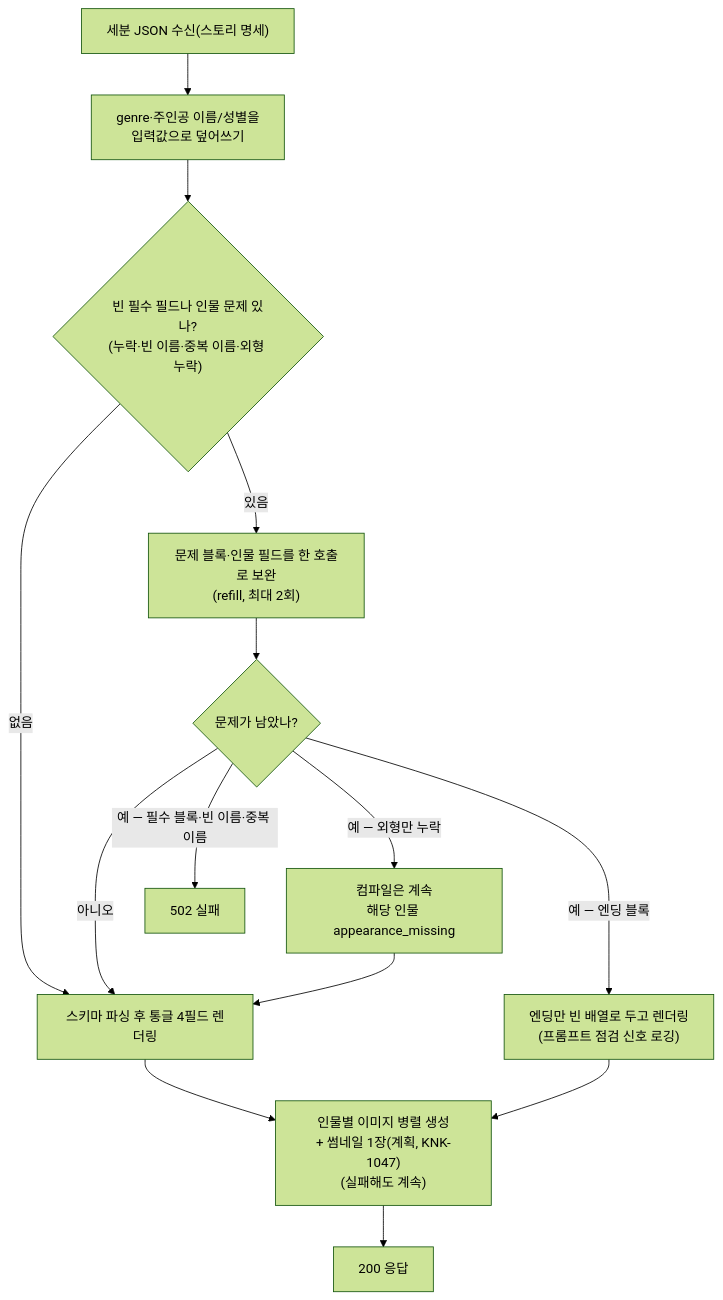
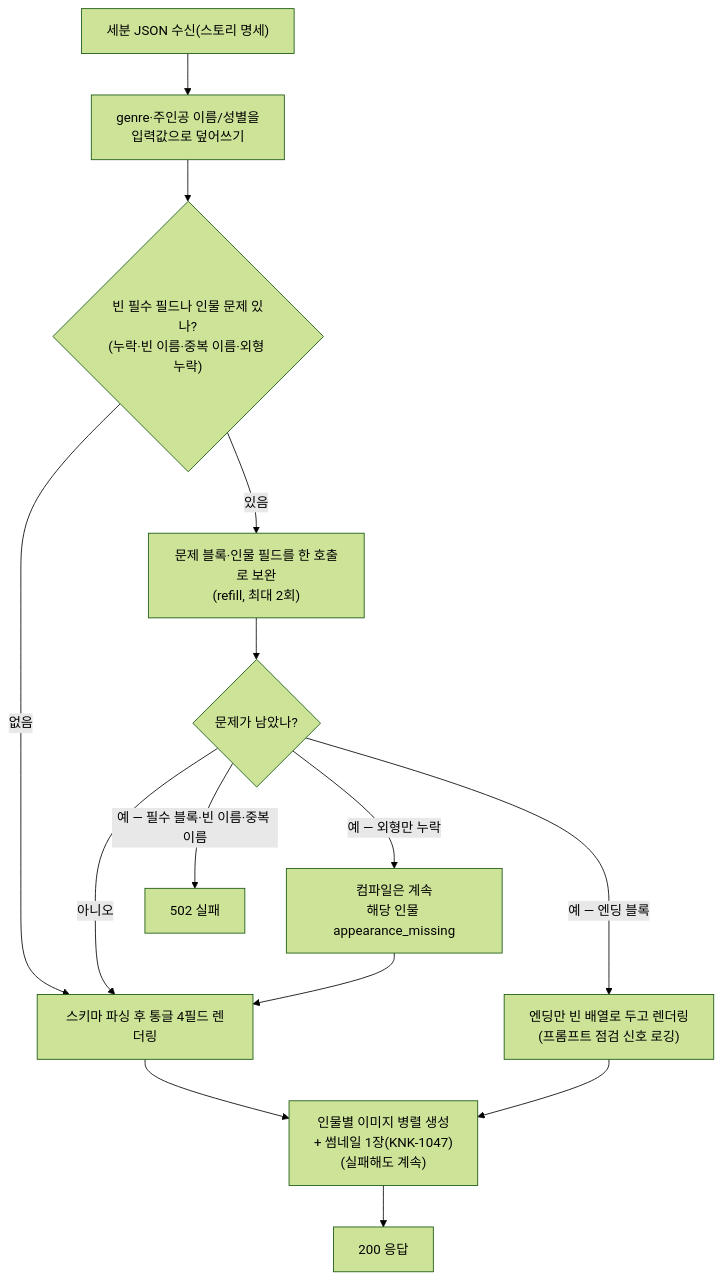
One commit to KIM-N-KANG/knk-harness changed the third of 8 diagrams in docs/product-specs/5-ai-server.md. Above: the diagram before and after it, drawn with Mermaid (forest theme). The commit also changed other lines of this file, not shown here.

First line of the commit message:
[KNK-1046] Docs: 컴파일 썸네일 스펙을 계획에서 구현으로 전환

````diff
--- a/docs/product-specs/5-ai-server.md
+++ b/docs/product-specs/5-ai-server.md
@@ -475,16 +475,16 @@
 ```mermaid
 graph TD
     In["세분 JSON 수신(스토리 명세)"] --> Inject["genre·주인공 이름/성별을<br/>입력값으로 덮어쓰기"]
     Inject --> Check{"빈 필수 필드나 인물 문제 있나?<br/>(누락·빈 이름·중복 이름·외형 누락)"}
     Check -->|없음| Render["스키마 파싱 후 통글 4필드 렌더링"]
-    Render --> Image["인물별 이미지 병렬 생성<br/>+ 썸네일 1장(계획, KNK-1047)<br/>(실패해도 계속)"]
+    Render --> Image["인물별 이미지 병렬 생성<br/>+ 썸네일 1장(KNK-1047)<br/>(실패해도 계속)"]
     Image --> OK[200 응답]
     Check -->|있음| Refill["문제 블록·인물 필드를 한 호출로 보완<br/>(refill, 최대 2회)"]
     Refill --> Re{"문제가 남았나?"}
     Re -->|아니오| Render
     Re -->|"예 — 필수 블록·빈 이름·중복 이름"| F502[502 실패]
     Re -->|"예 — 외형만 누락"| SoftImage["컴파일은 계속<br/>해당 인물 appearance_missing"]
     SoftImage --> Render
     Re -->|"예 — 엔딩 블록"| Empty["엔딩만 빈 배열로 두고 렌더링<br/>(프롬프트 점검 신호 로깅)"]
     Empty --> Image
 ```
````
